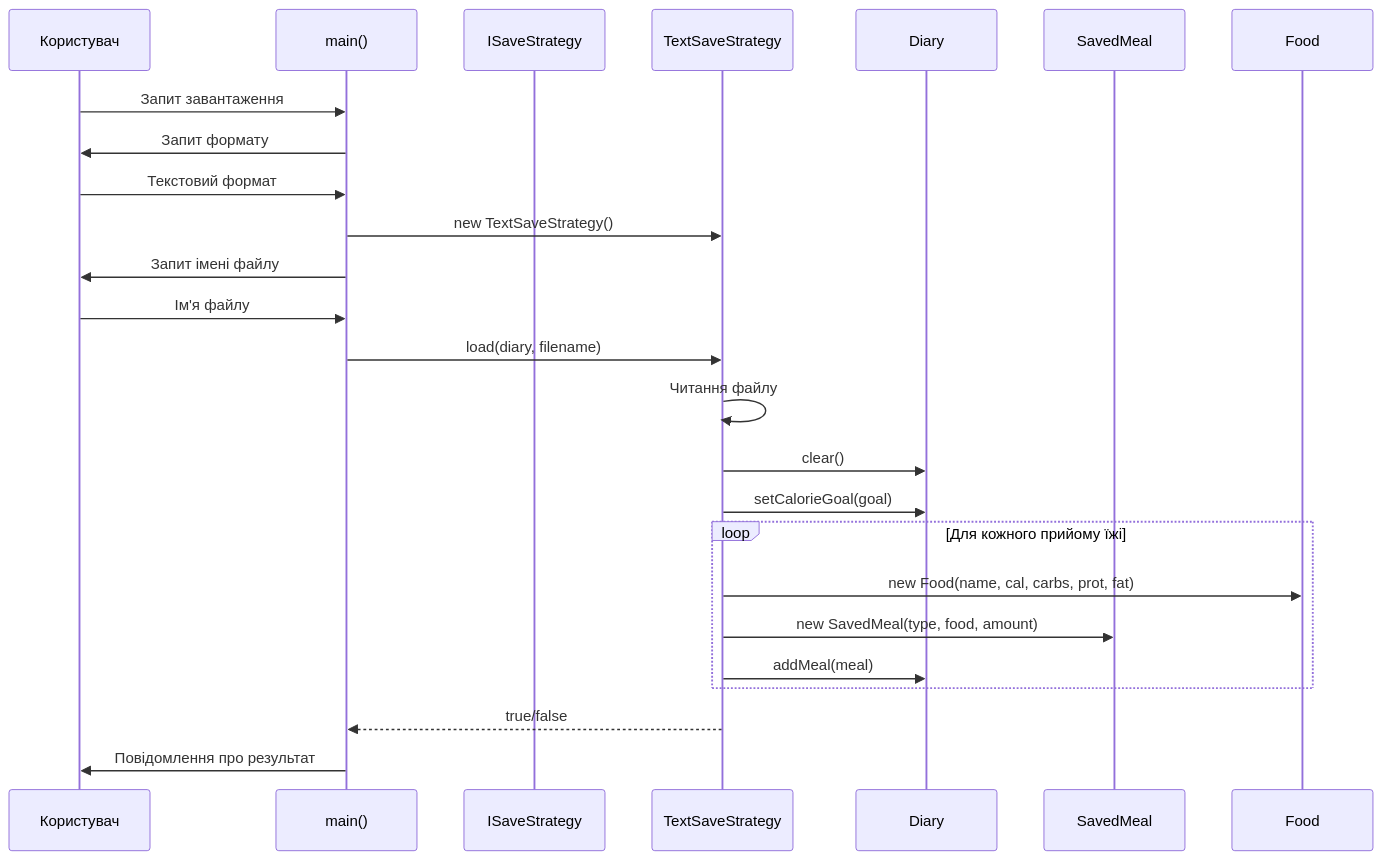
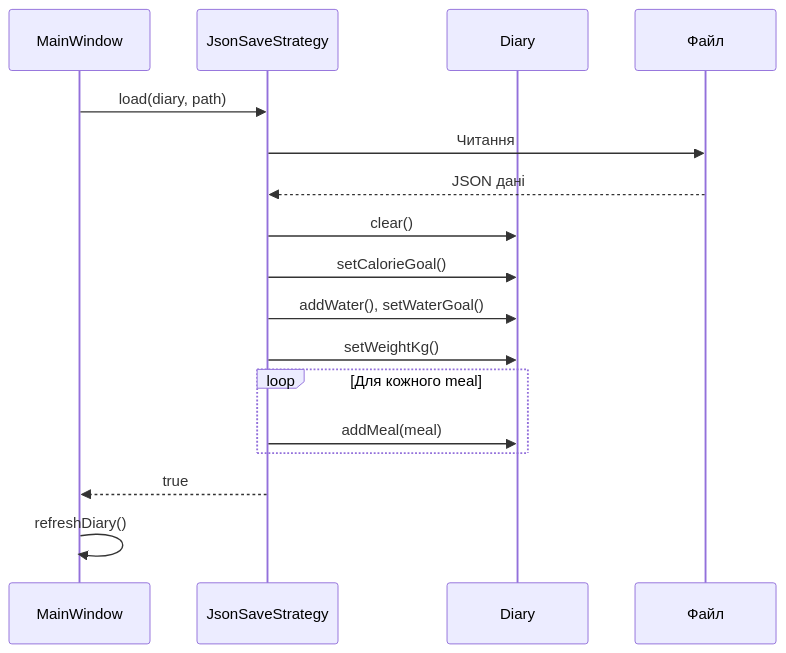
The fourth of 5 diagrams in docs/SequenceDiagram.md (zekapele/CalorieCalc), drawn with Mermaid before and after one commit. The commit also changed other lines of this file and 36 other files, not shown here.

Commit message:
Add advanced features: SQLite support, QChart graphs, category filters, improved themes, CSV import/export, enhanced logging

````diff
--- a/docs/SequenceDiagram.md
+++ b/docs/SequenceDiagram.md
@@ -82,28 +63,20 @@
 ```mermaid
 sequenceDiagram
-    participant User as Користувач
-    participant Main as main()
-    participant Strategy as ISaveStrategy
-    participant TextStrategy as TextSaveStrategy
+    participant GUI as MainWindow
+    participant Strategy as JsonSaveStrategy
     participant Diary as Diary
-    participant Meal as SavedMeal
-    participant Food as Food
-    
-    User->>Main: Запит завантаження
-    Main->>User: Запит формату
-    User->>Main: Текстовий формат
-    Main->>TextStrategy: new TextSaveStrategy()
-    Main->>User: Запит імені файлу
-    User->>Main: Ім'я файлу
-    Main->>TextStrategy: load(diary, filename)
-    TextStrategy->>TextStrategy: Читання файлу
-    TextStrategy->>Diary: clear()
-    TextStrategy->>Diary: setCalorieGoal(goal)
-    loop Для кожного прийому їжі
-        TextStrategy->>Food: new Food(name, cal, carbs, prot, fat)
-        TextStrategy->>Meal: new SavedMeal(type, food, amount)
-        TextStrategy->>Diary: addMeal(meal)
+    participant File as Файл
+
+    GUI->>Strategy: load(diary, path)
+    Strategy->>File: Читання
+    File-->>Strategy: JSON дані
+    Strategy->>Diary: clear()
+    Strategy->>Diary: setCalorieGoal()
+    Strategy->>Diary: addWater(), setWaterGoal()
+    Strategy->>Diary: setWeightKg()
+    loop Для кожного meal
+        Strategy->>Diary: addMeal(meal)
     end
-    TextStrategy-->>Main: true/false
-    Main->>User: Повідомлення про результат
+    Strategy-->>GUI: true
+    GUI->>GUI: refreshDiary()
 ```
````
